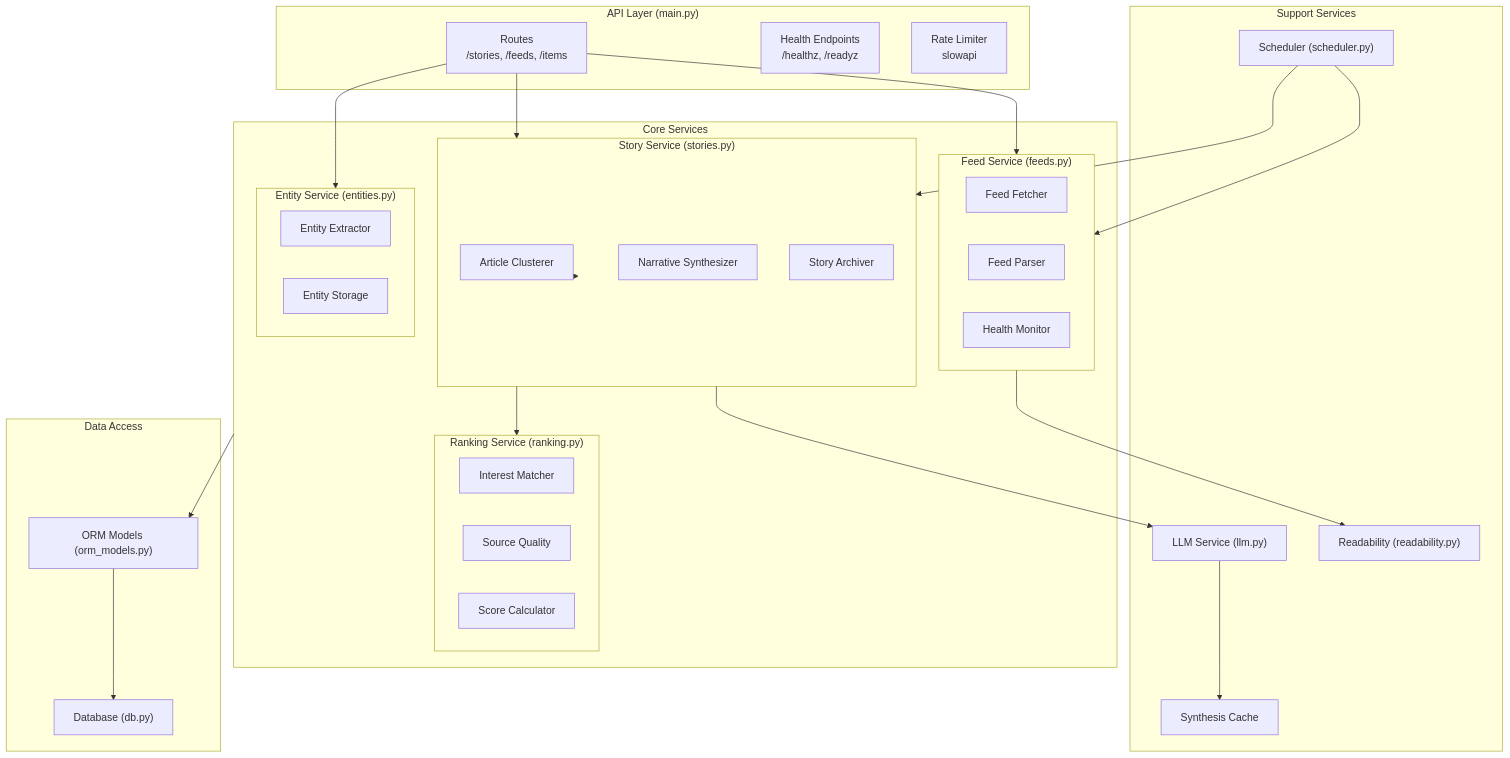
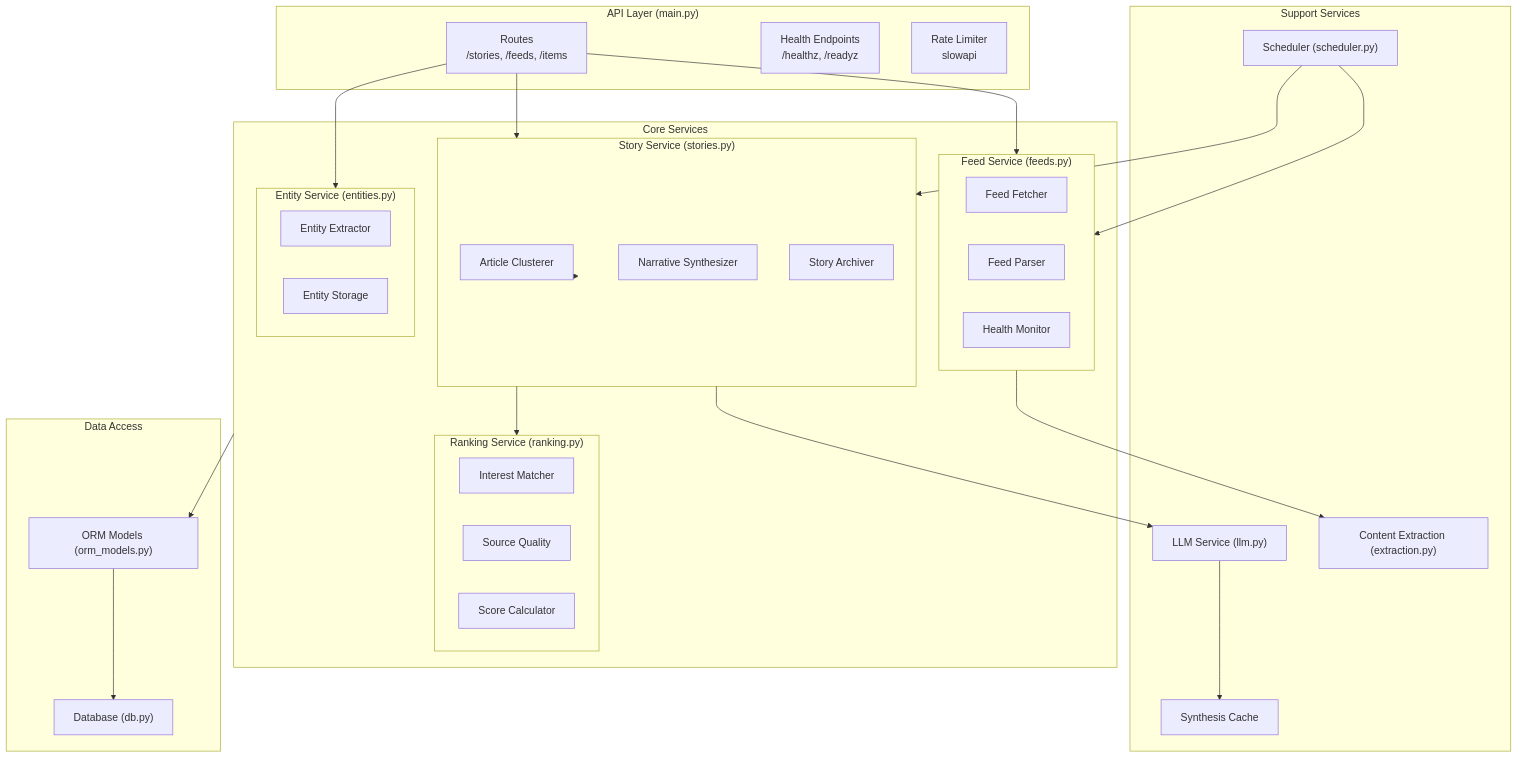
Before and after one commit to Deim0s13/newsbrief: the fourth of 11 diagrams in docs/ARCHITECTURE.md, drawn with Mermaid. The commit also changed other lines of this file and 1 other file, not shown here.

Commit message:
Update documentation for v0.8.0 content extraction changes
- Update ARCHITECTURE.md: replace readability.py references with extraction.py
- Add v0.8.0 release notes with highlights and technical changes
- Reference ADR-0024 for extraction library decision

Closes #185

````diff
--- a/docs/ARCHITECTURE.md
+++ b/docs/ARCHITECTURE.md
@@ -431,59 +431,59 @@
 ```mermaid
 flowchart TB
     subgraph API["API Layer (main.py)"]
         Routes["Routes<br/>/stories, /feeds, /items"]
         Health["Health Endpoints<br/>/healthz, /readyz"]
         RateLimit["Rate Limiter<br/>slowapi"]
     end
 
     subgraph Core["Core Services"]
         subgraph FeedSvc["Feed Service (feeds.py)"]
             FeedFetch["Feed Fetcher"]
             FeedParse["Feed Parser"]
             FeedHealth["Health Monitor"]
         end
 
         subgraph StorySvc["Story Service (stories.py)"]
             Cluster["Article Clusterer"]
             Synth["Narrative Synthesizer"]
             Archive["Story Archiver"]
         end
 
         subgraph EntitySvc["Entity Service (entities.py)"]
             NER["Entity Extractor"]
             EntityStore["Entity Storage"]
         end
 
         subgraph RankSvc["Ranking Service (ranking.py)"]
             Interest["Interest Matcher"]
             SourceQual["Source Quality"]
             ScoreCalc["Score Calculator"]
         end
     end
 
     subgraph Support["Support Services"]
         LLMSvc["LLM Service (llm.py)"]
-        ReadSvc["Readability (readability.py)"]
+        ExtractSvc["Content Extraction (extraction.py)"]
         CacheSvc["Synthesis Cache"]
         SchedSvc["Scheduler (scheduler.py)"]
     end
 
     subgraph Data["Data Access"]
         ORM["ORM Models (orm_models.py)"]
         DB["Database (db.py)"]
     end
 
     Routes --> StorySvc
     Routes --> FeedSvc
     Routes --> EntitySvc
     StorySvc --> LLMSvc
     StorySvc --> Cluster
     StorySvc --> RankSvc
-    FeedSvc --> ReadSvc
+    FeedSvc --> ExtractSvc
     LLMSvc --> CacheSvc
     SchedSvc --> FeedSvc
     SchedSvc --> StorySvc
 
     Core --> ORM
     ORM --> DB
 ```
````
